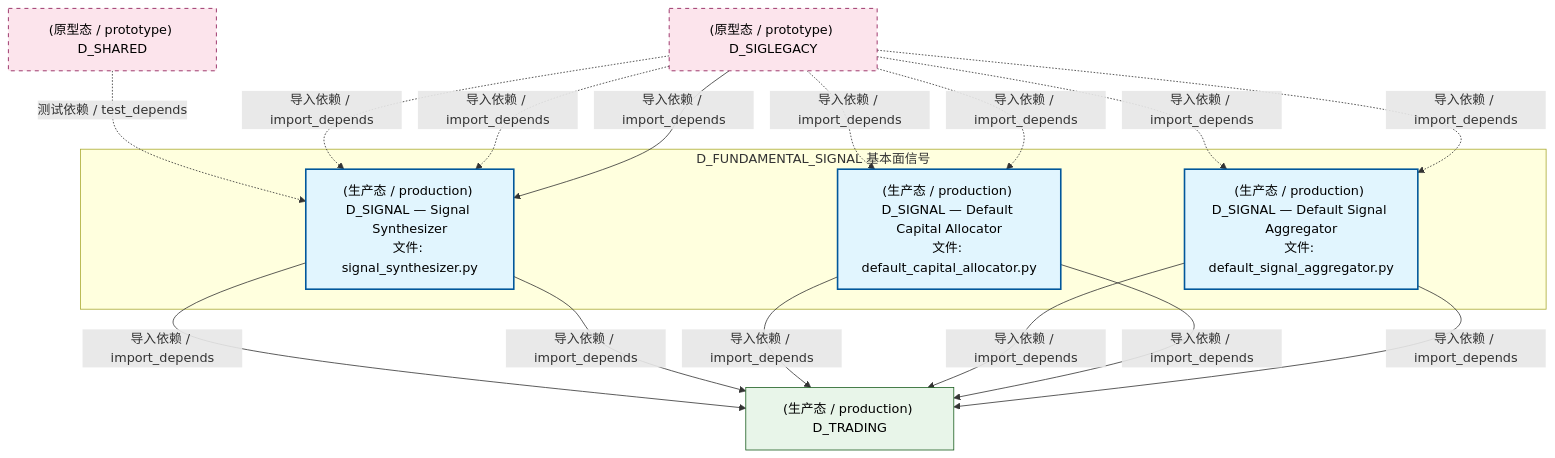
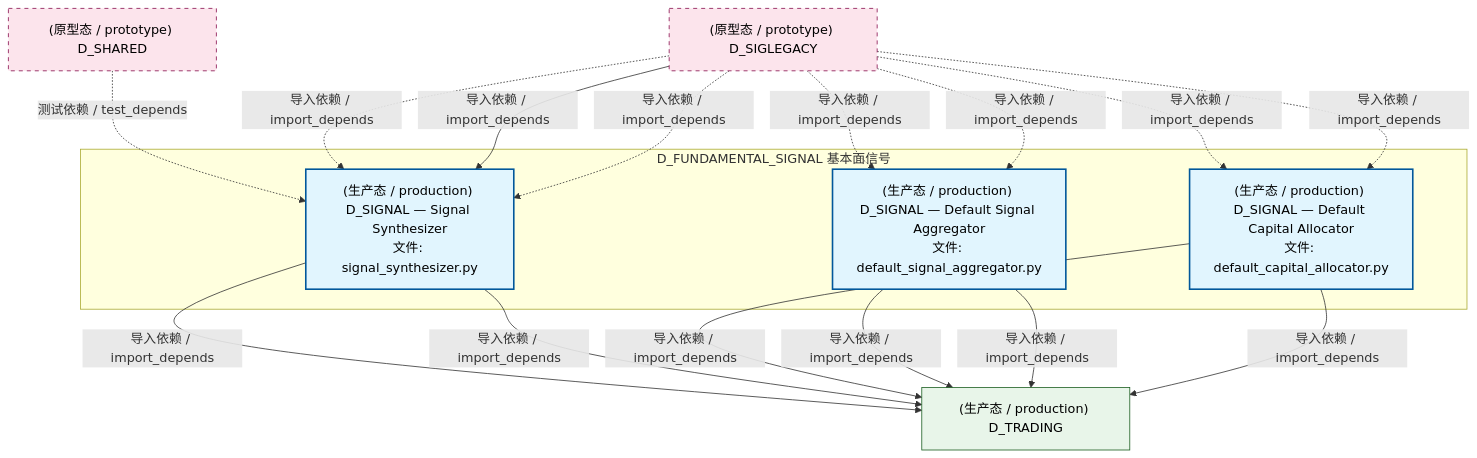
Before and after one commit to xuanFelixVan/ZephyrAlpha: the second of 4 diagrams in docs/02_enterprise_architecture/02_domain_architecture_docs/37_d_fundamental_signal.md, drawn with Mermaid. The commit also changed other lines of this file and 126 other files, not shown here.

````diff
--- a/docs/02_enterprise_architecture/02_domain_architecture_docs/37_d_fundamental_signal.md
+++ b/docs/02_enterprise_architecture/02_domain_architecture_docs/37_d_fundamental_signal.md
@@ -134,32 +134,32 @@
 ```mermaid
 graph TD
     subgraph D_FUNDAMENTAL_SIGNAL["D_FUNDAMENTAL_SIGNAL 基本面信号"]
         src_zephyr_signal_fundamental_gen_implementations_default_signal_aggregator_py["(生产态 / production) D_SIGNAL — Default Signal Aggregator<br/>文件: default_signal_aggregator.py"]
         src_zephyr_signal_fundamental_strategy_implementations_default_capital_allocator_py["(生产态 / production) D_SIGNAL — Default Capital Allocator<br/>文件: default_capital_allocator.py"]
         src_zephyr_signal_fundamental_synth_signal_synthesizer_py["(生产态 / production) D_SIGNAL — Signal Synthesizer<br/>文件: signal_synthesizer.py"]
     end
     D_TRADING["(生产态 / production) D_TRADING"]
     src_zephyr_signal_fundamental_synth_signal_synthesizer_py -->|导入依赖 / import_depends| D_TRADING
     src_zephyr_signal_fundamental_synth_signal_synthesizer_py -->|导入依赖 / import_depends| D_TRADING
     src_zephyr_signal_fundamental_strategy_implementations_default_capital_allocator_py -->|导入依赖 / import_depends| D_TRADING
     src_zephyr_signal_fundamental_gen_implementations_default_signal_aggregator_py -->|导入依赖 / import_depends| D_TRADING
+    src_zephyr_signal_fundamental_gen_implementations_default_signal_aggregator_py -->|导入依赖 / import_depends| D_TRADING
     src_zephyr_signal_fundamental_strategy_implementations_default_capital_allocator_py -->|导入依赖 / import_depends| D_TRADING
-    src_zephyr_signal_fundamental_gen_implementations_default_signal_aggregator_py -->|导入依赖 / import_depends| D_TRADING
     D_SIGLEGACY["(原型态 / prototype) D_SIGLEGACY"]
     D_SIGLEGACY -.->|导入依赖 / import_depends| src_zephyr_signal_fundamental_gen_implementations_default_signal_aggregator_py
     D_SIGLEGACY -.->|导入依赖 / import_depends| src_zephyr_signal_fundamental_gen_implementations_default_signal_aggregator_py
-    D_SIGLEGACY -.->|导入依赖 / import_depends| src_zephyr_signal_fundamental_strategy_implementations_default_capital_allocator_py
-    D_SIGLEGACY -.->|导入依赖 / import_depends| src_zephyr_signal_fundamental_strategy_implementations_default_capital_allocator_py
     D_SHARED["(原型态 / prototype) D_SHARED"]
     D_SHARED -.->|测试依赖 / test_depends| src_zephyr_signal_fundamental_synth_signal_synthesizer_py
     D_SIGLEGACY -.->|导入依赖 / import_depends| src_zephyr_signal_fundamental_synth_signal_synthesizer_py
+    D_SIGLEGACY -->|导入依赖 / import_depends| src_zephyr_signal_fundamental_synth_signal_synthesizer_py
     D_SIGLEGACY -.->|导入依赖 / import_depends| src_zephyr_signal_fundamental_synth_signal_synthesizer_py
-    D_SIGLEGACY -->|导入依赖 / import_depends| src_zephyr_signal_fundamental_synth_signal_synthesizer_py
+    D_SIGLEGACY -.->|导入依赖 / import_depends| src_zephyr_signal_fundamental_strategy_implementations_default_capital_allocator_py
+    D_SIGLEGACY -.->|导入依赖 / import_depends| src_zephyr_signal_fundamental_strategy_implementations_default_capital_allocator_py
     classDef production fill:#e1f5fe,stroke:#01579b,stroke-width:2px,color:#000
     classDef design fill:#fff3e0,stroke:#e65100,stroke-width:2px,color:#000,stroke-dasharray: 5 5
     classDef external_prod fill:#e8f5e9,stroke:#1b5e20,stroke-width:1px,color:#000
     classDef external_design fill:#fce4ec,stroke:#880e4f,stroke-width:1px,color:#000,stroke-dasharray: 5 5
     class src_zephyr_signal_fundamental_gen_implementations_default_signal_aggregator_py,src_zephyr_signal_fundamental_strategy_implementations_default_capital_allocator_py,src_zephyr_signal_fundamental_synth_signal_synthesizer_py production
     class D_TRADING external_prod
     class D_SIGLEGACY,D_SHARED external_design
 ```
````
